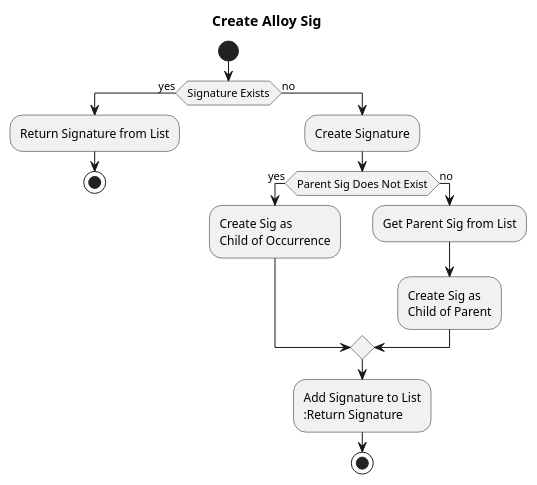
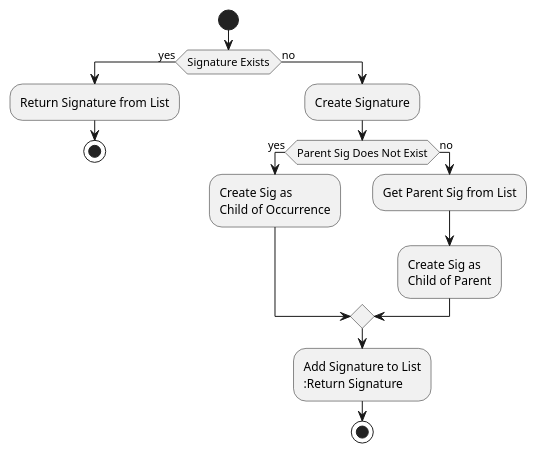
The diagram in src/main/javadoc/edu/gatech/gtri/obm/translator/alloy/fromxmi/doc-files/ToAlloy_createAlloySig2.puml (ontological-behavior-modeling/tester), drawn with PlantUML before and after one commit. The commit also changed 11 other files, not shown here.

```diff
--- a/src/main/javadoc/edu/gatech/gtri/obm/translator/alloy/fromxmi/doc-files/ToAlloy_createAlloySig2.puml
+++ b/src/main/javadoc/edu/gatech/gtri/obm/translator/alloy/fromxmi/doc-files/ToAlloy_createAlloySig2.puml
@@ -1,20 +1,19 @@
 @startuml
-title Create Alloy Sig
 start
 if(Signature Exists) then (yes)
 :Return Signature from List;
 stop
 else(no)
 :Create Signature;
 if (Parent Sig Does Not Exist) then (yes)
 :Create Sig as 
 Child of Occurrence;
 else(no)
 :Get Parent Sig from List;
 :Create Sig as 
 Child of Parent;
 endif
 :Add Signature to List
 :Return Signature;
 stop
 @enduml
```
